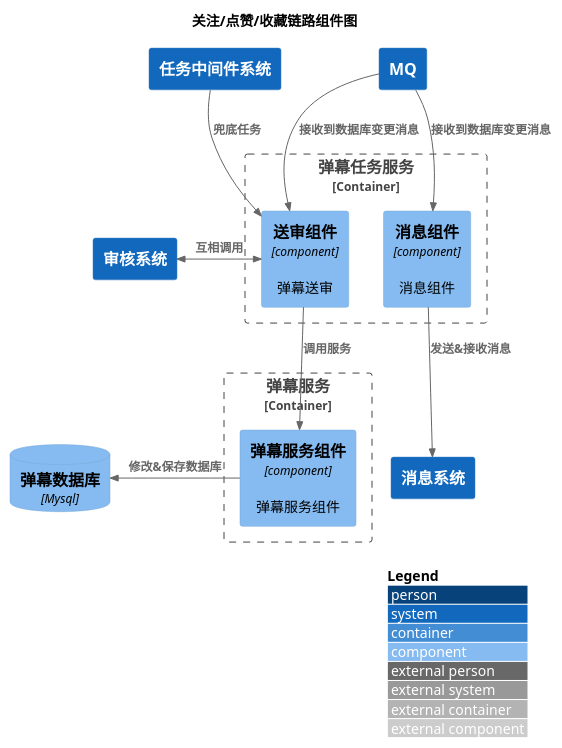
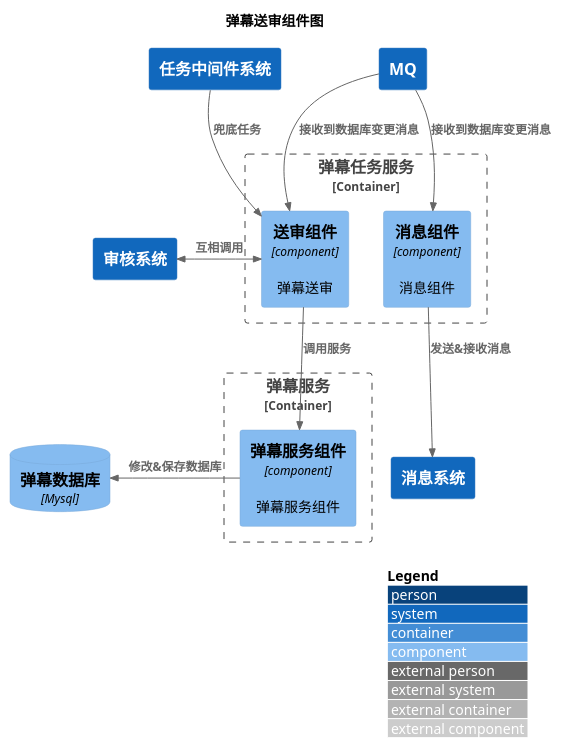
Before and after one commit to nxnnxn/community-doc: the diagram in puml/interact/content/barrage/audit/component.puml, drawn with PlantUML. The commit also changed 1 other file, not shown here.

```diff
--- a/puml/interact/content/barrage/audit/component.puml
+++ b/puml/interact/content/barrage/audit/component.puml
@@ -1,35 +1,35 @@
 @startuml
 !include <C4/C4_Component>
 LAYOUT_WITH_LEGEND()
 
-title 关注/点赞/收藏链路组件图
+title 弹幕送审组件图
 
 System(rocketmq,"MQ")
 System(auditSystem,"审核系统")
 System(job,"任务中间件系统")
 
 Container_Boundary(barrageJobService, "弹幕任务服务"){
     Component(auditComponent, "送审组件", "component", "弹幕送审")
     Component(messageComponent, "消息组件", "component", "消息组件")
 }
 Container_Boundary(barrageService, "弹幕服务"){
     Component(barrageComponent, "弹幕服务组件", "component", "弹幕服务组件")
 }
 
 System(messageSystem,"消息系统")
 ComponentDb(db, "弹幕数据库", "Mysql")
 
 Rel(rocketmq, auditComponent, "接收到数据库变更消息")
 Rel(rocketmq, messageComponent, "接收到数据库变更消息")
 Rel(job, auditComponent, "兜底任务")
 BiRel_L(auditComponent, auditSystem, "互相调用")
 Rel(messageComponent, messageSystem, "发送&接收消息")
 Rel(auditComponent, barrageComponent, "调用服务")
 Rel_L(barrageComponent, db, "修改&保存数据库")
 
 
 
 
 
 
 @enduml
```
